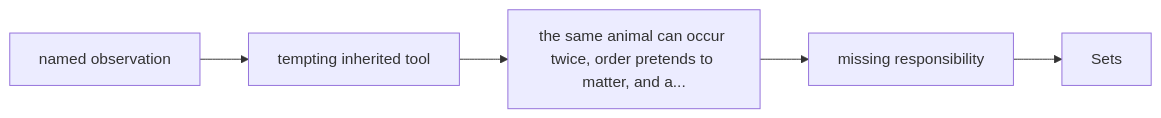
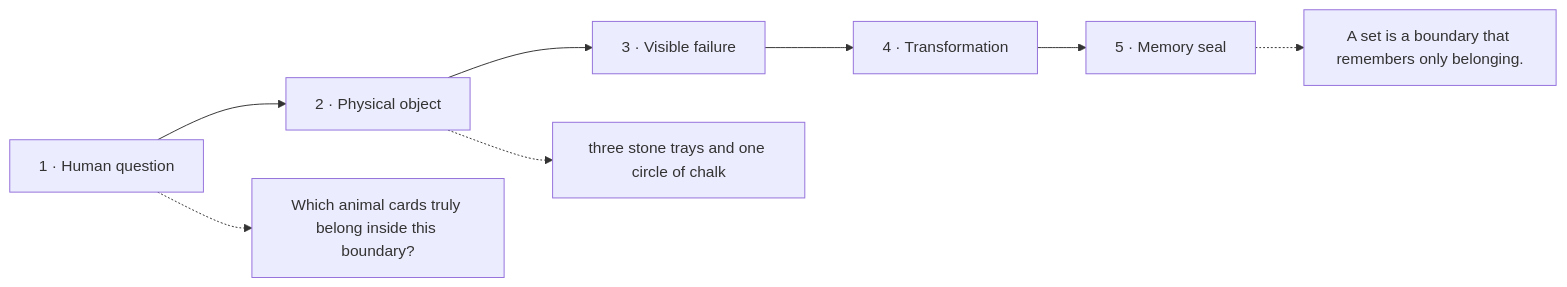
Before and after one commit to kleem-labs/AI-Archaeology: the diagram in excavations/201-sets/diagram.md, drawn with Mermaid. The commit also changed other lines of this file and 117 other files, not shown here.

````diff
--- a/excavations/201-sets/diagram.md
+++ b/excavations/201-sets/diagram.md
@@ -3,7 +5,10 @@
 ```mermaid
 flowchart LR
-  O["named observation"] --> A["tempting inherited tool"]
-  A --> F["the same animal can occur twice, order pretends to matter, and a..."]
-  F --> R["missing responsibility"]
-  R --> D["Sets"]
+  Q["1 · Human question"] --> O["2 · Physical object"]
+  O --> F["3 · Visible failure"]
+  F --> T["4 · Transformation"]
+  T --> S["5 · Memory seal"]
+  Q -.-> QD["Which animal cards truly belong inside this boundary?"]
+  O -.-> OD["three stone trays and one circle of chalk"]
+  S -.-> SD["A set is a boundary that remembers only belonging."]
 ```
````
